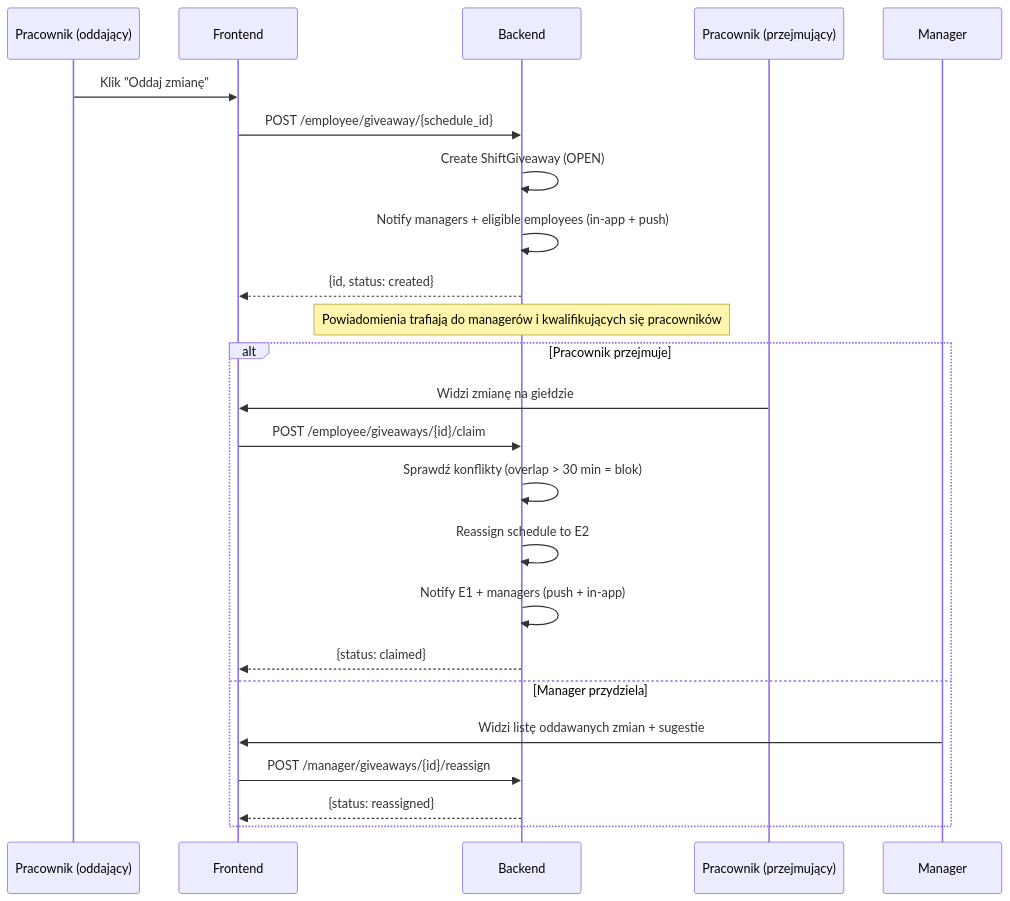
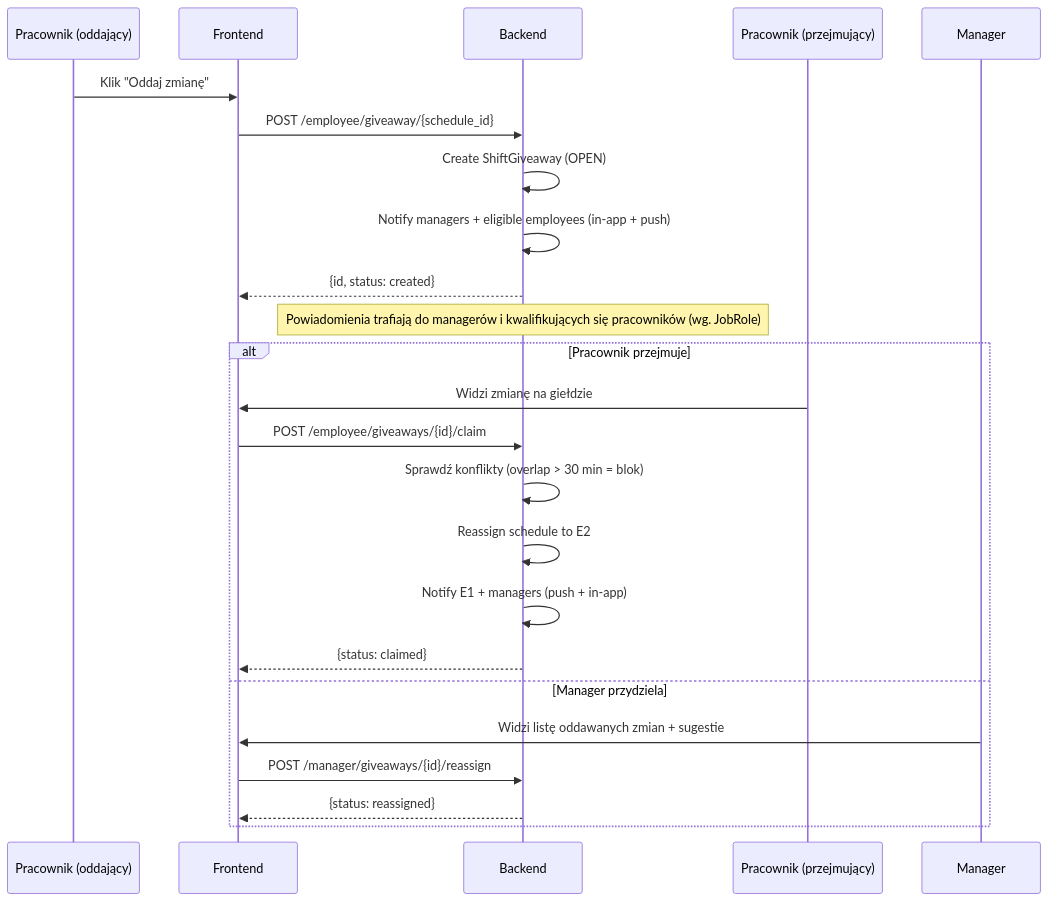
Before and after one commit to mwieclawek/PlannerV2: the fourth of 5 diagrams in ARCHITECTURE.md, drawn with Mermaid. The commit also changed other lines of this file, not shown here.

Commit message:
docs: update ARCHITECTURE.md with multi-tenant schema and superadmin

````diff
--- a/ARCHITECTURE.md
+++ b/ARCHITECTURE.md
@@ -321,28 +373,28 @@
 ```mermaid
 sequenceDiagram
     participant E1 as Pracownik (oddający)
     participant F as Frontend
     participant B as Backend
     participant E2 as Pracownik (przejmujący)
     participant M as Manager
 
     E1->>F: Klik "Oddaj zmianę"
     F->>B: POST /employee/giveaway/{schedule_id}
     B->>B: Create ShiftGiveaway (OPEN)
     B->>B: Notify managers + eligible employees (in-app + push)
     B-->>F: {id, status: created}
-    Note over B: Powiadomienia trafiają do managerów i kwalifikujących się pracowników
+    Note over B: Powiadomienia trafiają do managerów i kwalifikujących się pracowników (wg. JobRole)
 
     alt Pracownik przejmuje
         E2->>F: Widzi zmianę na giełdzie
         F->>B: POST /employee/giveaways/{id}/claim
         B->>B: Sprawdź konflikty (overlap > 30 min = blok)
         B->>B: Reassign schedule to E2
         B->>B: Notify E1 + managers (push + in-app)
         B-->>F: {status: claimed}
     else Manager przydziela
         M->>F: Widzi listę oddawanych zmian + sugestie
         F->>B: POST /manager/giveaways/{id}/reassign
         B-->>F: {status: reassigned}
     end
 ```
````
